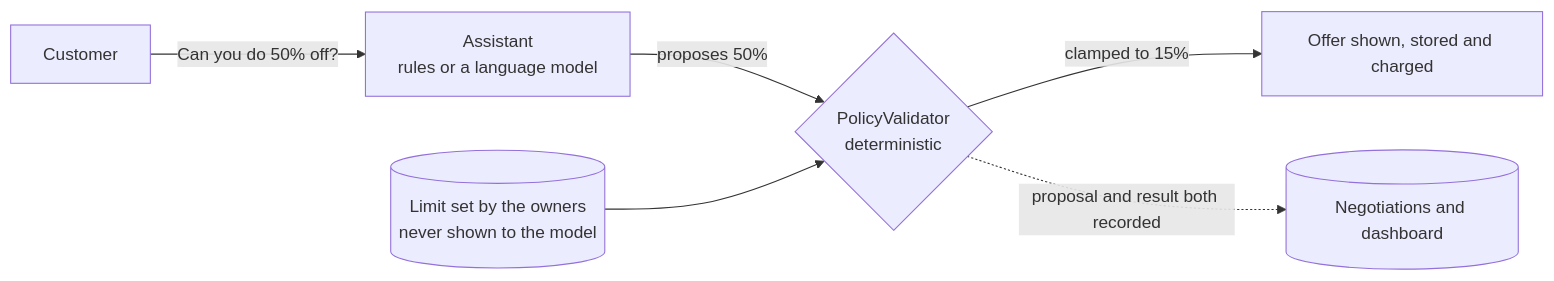
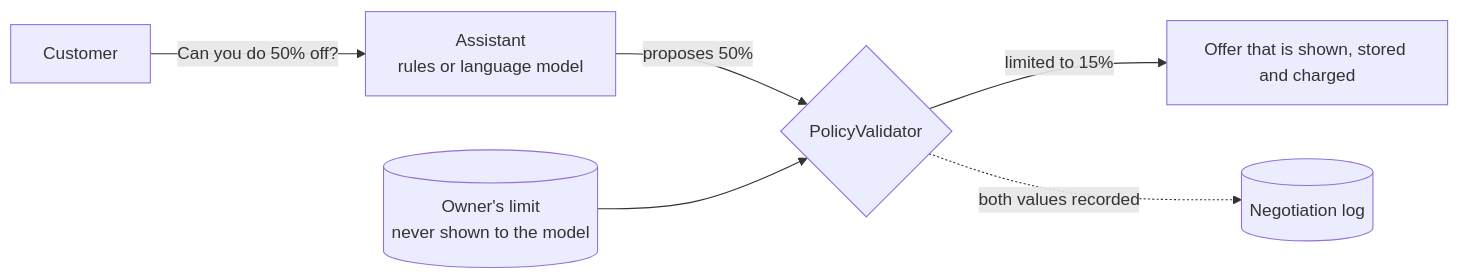
The first of 2 diagrams in README.md (nurmuhammedkanybekov/akven-v2), drawn with Mermaid before and after one commit. The commit also changed other lines of this file and 14 other files, not shown here.

````diff
--- a/README.md
+++ b/README.md
@@ -52,8 +46,8 @@
 ```mermaid
 flowchart LR
-    C[Customer] -- "Can you do 50% off?" --> N[Assistant<br/>rules or a language model]
-    N -- proposes 50% --> V{PolicyValidator<br/>deterministic}
-    L[(Limit set by the owners<br/>never shown to the model)] --> V
-    V -- "clamped to 15%" --> O[Offer shown, stored and charged]
-    V -. proposal and result both recorded .-> A[(Negotiations and dashboard)]
+    C[Customer] -- "Can you do 50% off?" --> N[Assistant<br/>rules or language model]
+    N -- proposes 50% --> V{PolicyValidator}
+    L[(Owner's limit<br/>never shown to the model)] --> V
+    V -- "limited to 15%" --> O[Offer that is shown, stored and charged]
+    V -. both values recorded .-> A[(Negotiation log)]
 ```
````
